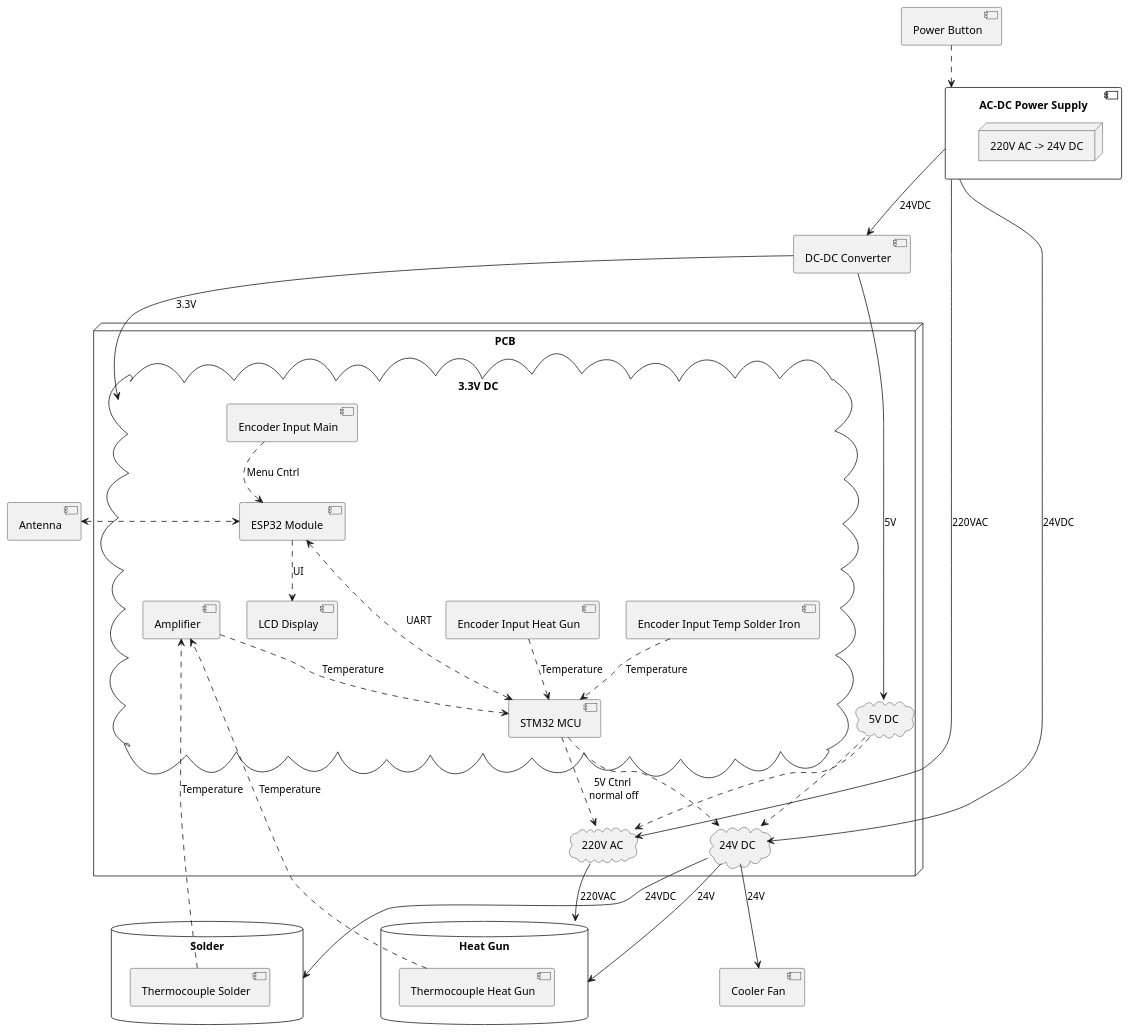
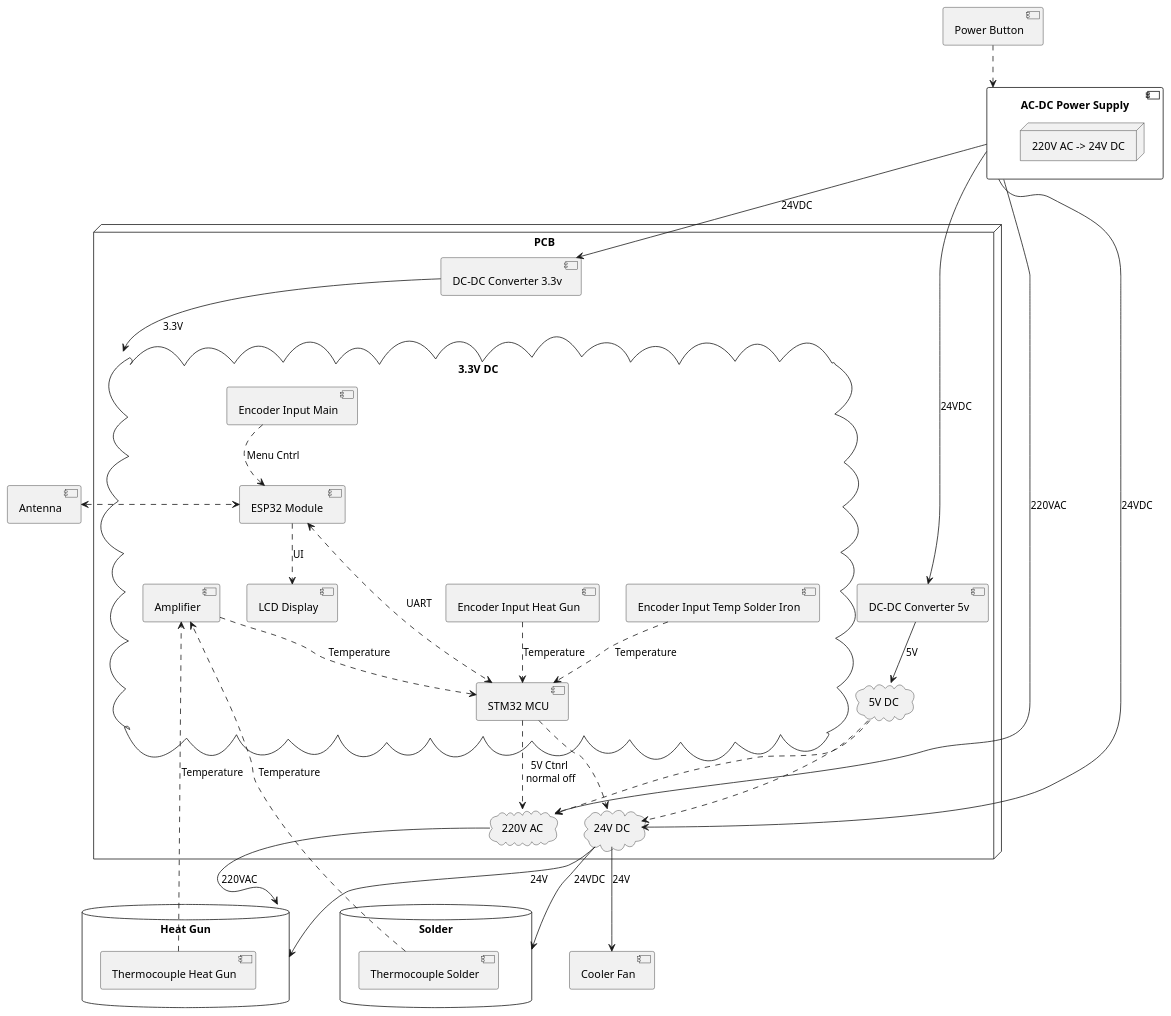
The diagram in doc/device_structure.puml (keyfour/Phixilab-Soldering-Station), drawn with PlantUML before and after one commit. The commit also changed 1 other file, not shown here.

```diff
--- a/doc/device_structure.puml
+++ b/doc/device_structure.puml
@@ -1,66 +1,69 @@
 @startuml
 
 component "AC-DC Power Supply" as power {
     node "220V AC -> 24V DC"
 }
-component "DC-DC Converter" as converter
 component "Cooler Fan" as cooller
 component "Antenna" as antenna
 component "Power Button" as button
 
 database "Solder" as solder {
     component "Thermocouple Solder" as thcSolder
 }
 
 database "Heat Gun" as gun {
     component "Thermocouple Heat Gun" as thcHeat
 }
 
 node "PCB" as interfaces {
+    component "DC-DC Converter 3.3v" as converter3
+    component "DC-DC Converter 5v" as converter5
+
     cloud "3.3V DC" as lvdomain {
         component "LCD Display" as display
         component "ESP32 Module " as mcu
         component "Encoder Input Temp Solder Iron" as inputTemp
         component "Encoder Input Heat Gun" as inputHeat
         component "Encoder Input Main" as inputMain
         component "STM32 MCU" as driver
         component "Amplifier" as amp
     }
     cloud "5V DC" as lvdomain2
     cloud "220V AC" as hvdomain
     cloud "24V DC"  as mvdomain
 }
 
-power --> converter : 24VDC
+power --> converter3 : 24VDC
+power --> converter5 : 24VDC
 power --> hvdomain : 220VAC
 power --> mvdomain : 24VDC
-converter --> lvdomain : 3.3V
-converter --> lvdomain2 : 5V
+converter3 --> lvdomain : 3.3V
+converter5 --> lvdomain2 : 5V
 mvdomain --> cooller : 24V
 mvdomain -down-> solder : 24VDC   
 hvdomain -down-> gun : 220VAC
 mvdomain --> gun : 24V
 
 thcSolder ..> amp : Temperature
 thcHeat ..> amp : Temperature
 amp ..> driver : Temperature
 
 mcu ..> display : UI
 
 inputMain ..> mcu : Menu Cntrl
 inputTemp ..> driver : Temperature
 inputHeat ..> driver : Temperature
 
 mcu <...> driver : UART
 
 driver ..> hvdomain : 5V Ctnrl\n normal off
 driver ..> mvdomain
 
 lvdomain2 ..> hvdomain
 lvdomain2 ..>mvdomain
 
 mcu <.left.> antenna
 
 button ..> power
 
 @enduml
```
